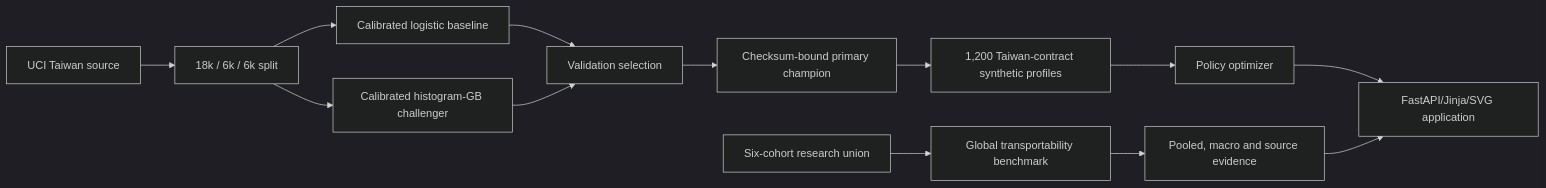
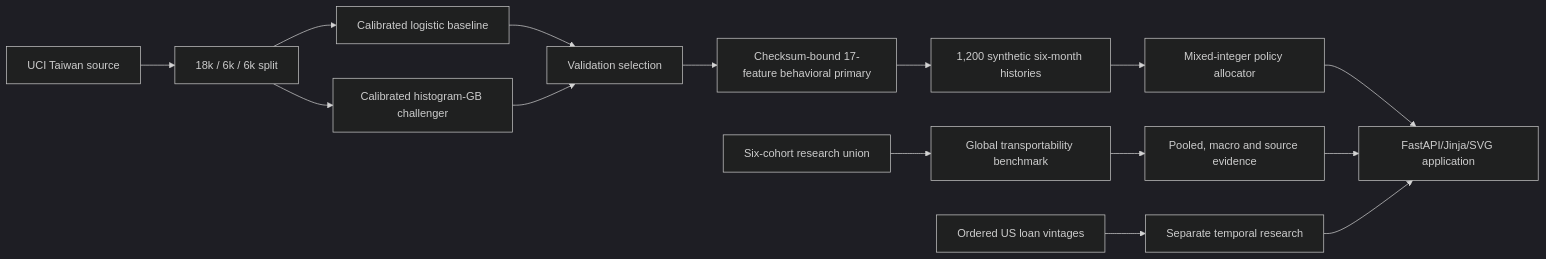
Before and after one commit to Ghostboy789/limitiq-credit-line-optimization: the diagram in docs/ARCHITECTURE.md, drawn with Mermaid (dark theme). The commit also changed other lines of this file and 66 other files, not shown here.

````diff
--- a/docs/ARCHITECTURE.md
+++ b/docs/ARCHITECTURE.md
@@ -12,15 +12,17 @@
 ```mermaid
 flowchart LR
   U[UCI Taiwan source] --> S[18k / 6k / 6k split]
   S --> B[Calibrated logistic baseline]
   S --> C[Calibrated histogram-GB challenger]
   B --> V[Validation selection]
   C --> V
-  V --> P[Checksum-bound primary champion]
-  P --> D[1,200 Taiwan-contract synthetic profiles]
-  D --> O[Policy optimizer]
+  V --> P[Checksum-bound 17-feature behavioral primary]
+  P --> D[1,200 synthetic six-month histories]
+  D --> O[Mixed-integer policy allocator]
   O --> W[FastAPI/Jinja/SVG application]
   R[Six-cohort research union] --> G[Global transportability benchmark]
   G --> E[Pooled, macro and source evidence]
   E --> W
+  T[Ordered US loan vintages] --> X[Separate temporal research]
+  X --> W
 ```
````
